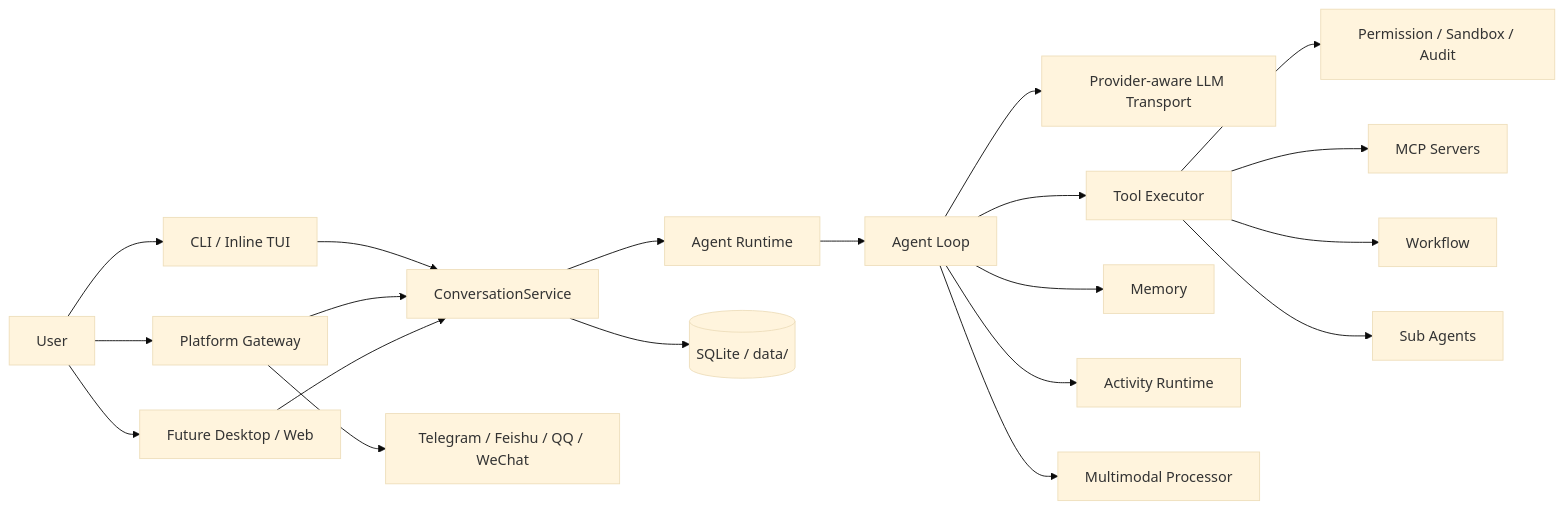
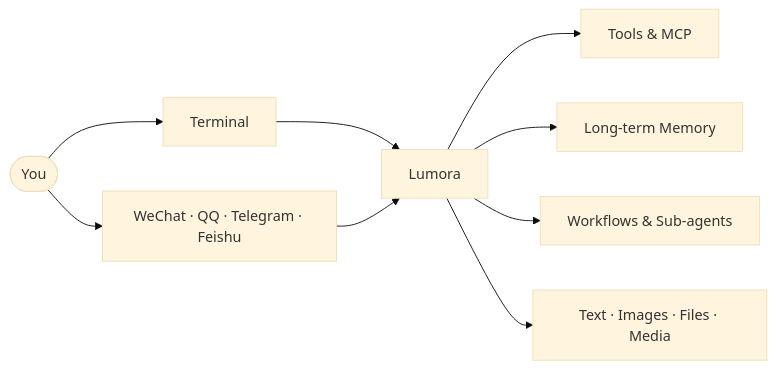
One commit to sjs126y/luna-agent changed the diagram in README.md. Above: the diagram before and after it, drawn with Mermaid (base theme). The commit also changed other lines of this file and 19 other files, not shown here.

````diff
--- a/README.md
+++ b/README.md
@@ -37,25 +60,11 @@
 ```mermaid
 flowchart LR
-    User[User] --> CLI[CLI / Inline TUI]
-    User --> Gateway[Platform Gateway]
-    User --> Desktop[Future Desktop / Web]
-
-    CLI --> Service[ConversationService]
-    Gateway --> Service
-    Desktop --> Service
-
-    Service --> Runtime[Agent Runtime]
-    Runtime --> Loop[Agent Loop]
-    Loop --> LLM[Provider-aware LLM Transport]
-    Loop --> Tools[Tool Executor]
-    Loop --> Memory[Memory]
-    Loop --> Activity[Activity Runtime]
-    Loop --> Multi[Multimodal Processor]
-
-    Tools --> Guard[Permission / Sandbox / Audit]
-    Tools --> MCP[MCP Servers]
-    Tools --> Workflow[Workflow]
-    Tools --> SubAgent[Sub Agents]
-    Gateway --> Platforms[Telegram / Feishu / QQ / WeChat]
-    Service --> Store[(SQLite / data/)]
+    You([You]) --> TUI[Terminal]
+    You --> Apps[WeChat · QQ · Telegram · Feishu]
+    TUI --> Lumora[Lumora]
+    Apps --> Lumora
+    Lumora --> Tools[Tools & MCP]
+    Lumora --> Memory[Long-term Memory]
+    Lumora --> Tasks[Workflows & Sub-agents]
+    Lumora --> Reply[Text · Images · Files · Media]
 ```
````
